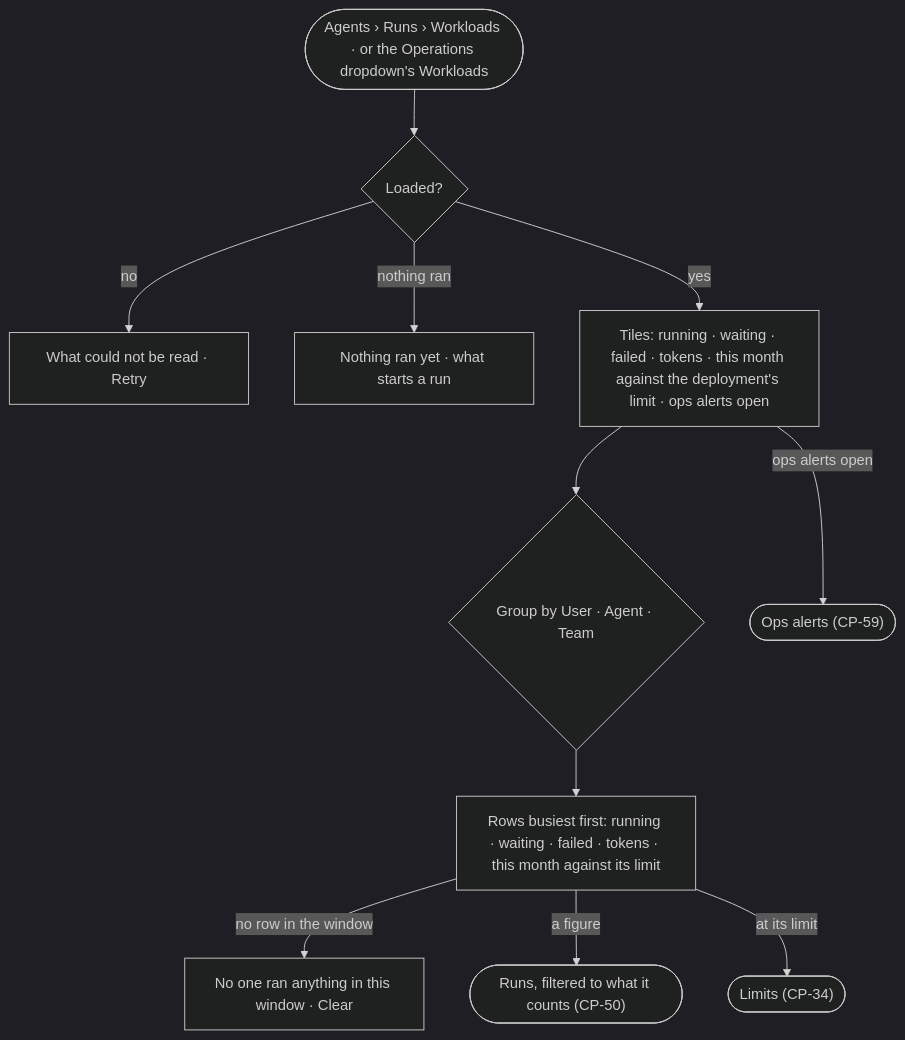
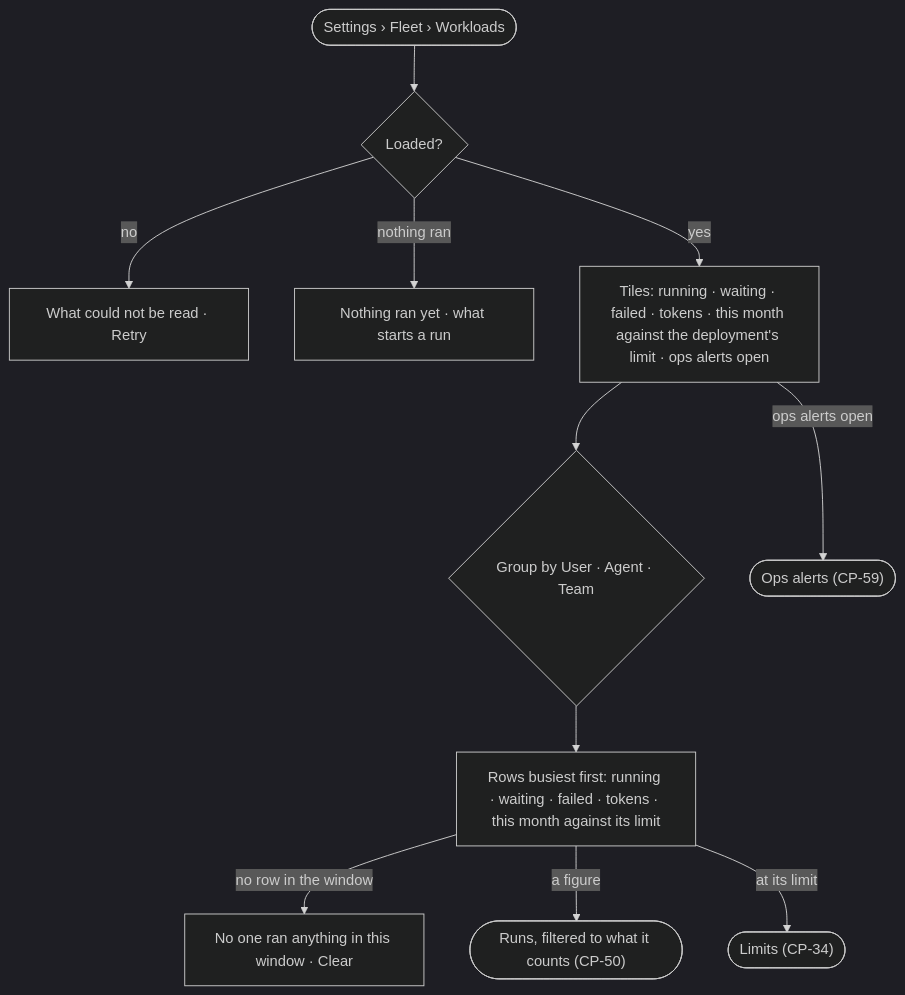
The diagram in specs/os/control/features/CP-F09-overview/stories/CP-47-see-workloads-by-user-agent-and-team/story.md (invana/invana), drawn with Mermaid (dark theme) before and after one commit. The commit also changed other lines of this file and 43 other files, not shown here.

First line of the commit message:
docs(specs): Agents mode keeps work; Plugins, Fleet, Workers move to Settings

````diff
--- a/specs/os/control/features/CP-F09-overview/stories/CP-47-see-workloads-by-user-agent-and-team/story.md
+++ b/specs/os/control/features/CP-F09-overview/stories/CP-47-see-workloads-by-user-agent-and-team/story.md
@@ -27,13 +27,13 @@
 ```mermaid
 flowchart TD
-  s([Agents › Runs › Workloads · or the Operations dropdown's Workloads]) --> l{"Loaded?"}
+  s([Settings › Fleet › Workloads]) --> l{"Loaded?"}
   l -->|no| f["What could not be read · Retry"]
   l -->|nothing ran| e["Nothing ran yet · what starts a run"]
   l -->|yes| t["Tiles: running · waiting · failed · tokens · this month against the deployment's limit · ops alerts open"]
   t --> g{"Group by User · Agent · Team"}
   g --> r["Rows busiest first: running · waiting · failed · tokens · this month against its limit"]
   r -->|no row in the window| em["No one ran anything in this window · Clear"]
   r -->|a figure| runs(["Runs, filtered to what it counts (CP-50)"])
   t -->|ops alerts open| al(["Ops alerts (CP-59)"])
   r -->|at its limit| lim(["Limits (CP-34)"])
 ```
````
